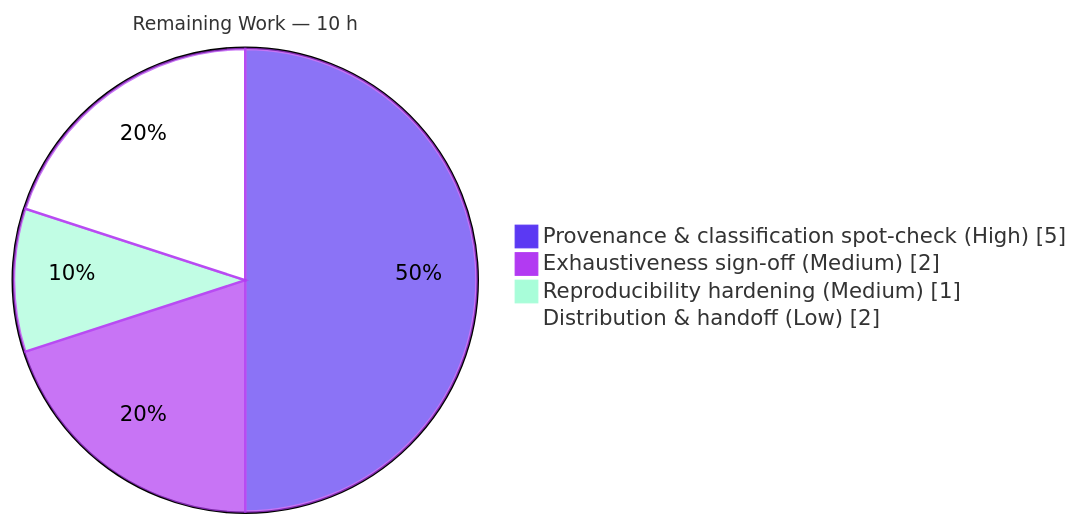
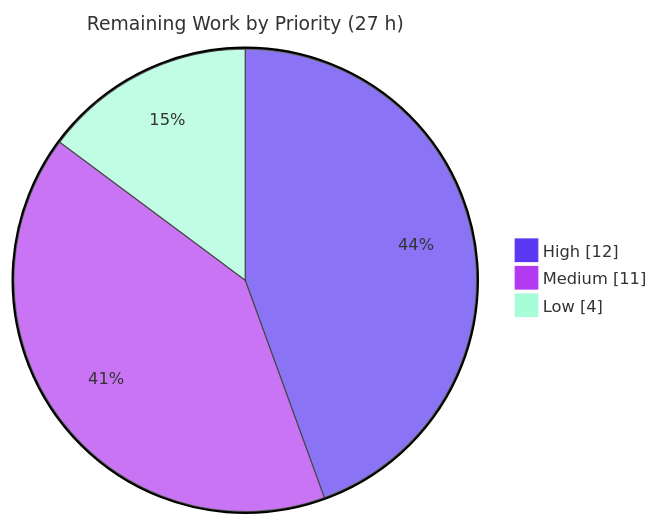
One commit to blitzy-public-samples/ardupilot-blitzy changed the third of 3 diagrams in blitzy/documentation/Project Guide.md. Above: the diagram before and after it, drawn with Mermaid. The commit also changed other lines of this file, not shown here.

Commit message:
Adding Blitzy Project Guide: Project Status and Human Tasks Remaining

````diff
--- a/blitzy/documentation/Project Guide.md
+++ b/blitzy/documentation/Project Guide.md
@@ -198,8 +211,8 @@
 ```mermaid
-%%{init: {'theme':'base', 'themeVariables': {'pie1':'#5B39F3','pie2':'#B23AF2','pie3':'#A8FDD9','pie4':'#FFFFFF','pieStrokeColor':'#B23AF2','pieSectionTextColor':'#000000','pieTitleTextSize':'15px'}}}%%
-pie showData title Remaining Work — 10 h
-    "Provenance & classification spot-check (High)" : 5
-    "Exhaustiveness sign-off (Medium)" : 2
-    "Reproducibility hardening (Medium)" : 1
-    "Distribution & handoff (Low)" : 2
+%%{init: {'theme':'base', 'themeVariables':{ 'pie1':'#5B39F3', 'pie2':'#B23AF2', 'pie3':'#A8FDD9', 'pieStrokeColor':'#333333', 'pieStrokeWidth':'1px', 'pieTitleTextSize':'15px', 'pieSectionTextSize':'13px', 'pieLegendTextSize':'13px'}}}%%
+pie showData
+    title Remaining Work by Priority (27 h)
+    "High" : 12
+    "Medium" : 11
+    "Low" : 4
 ```
````
